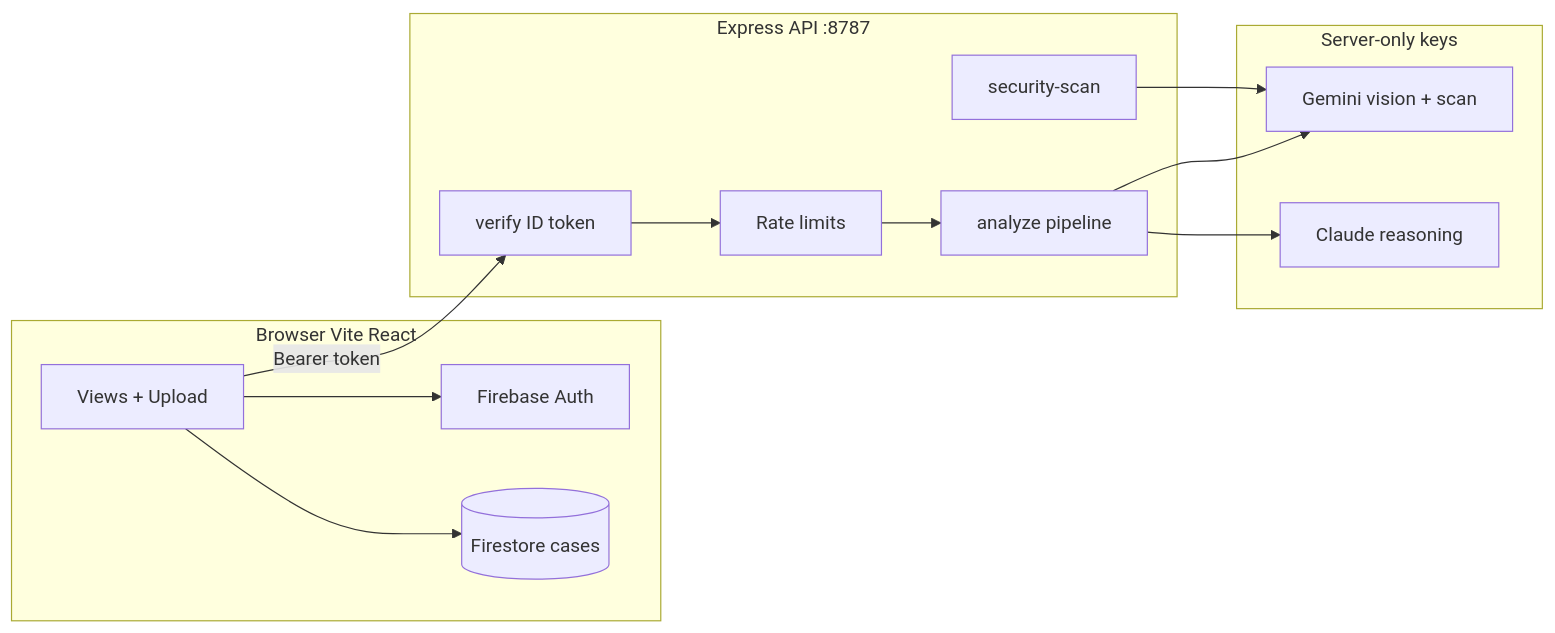
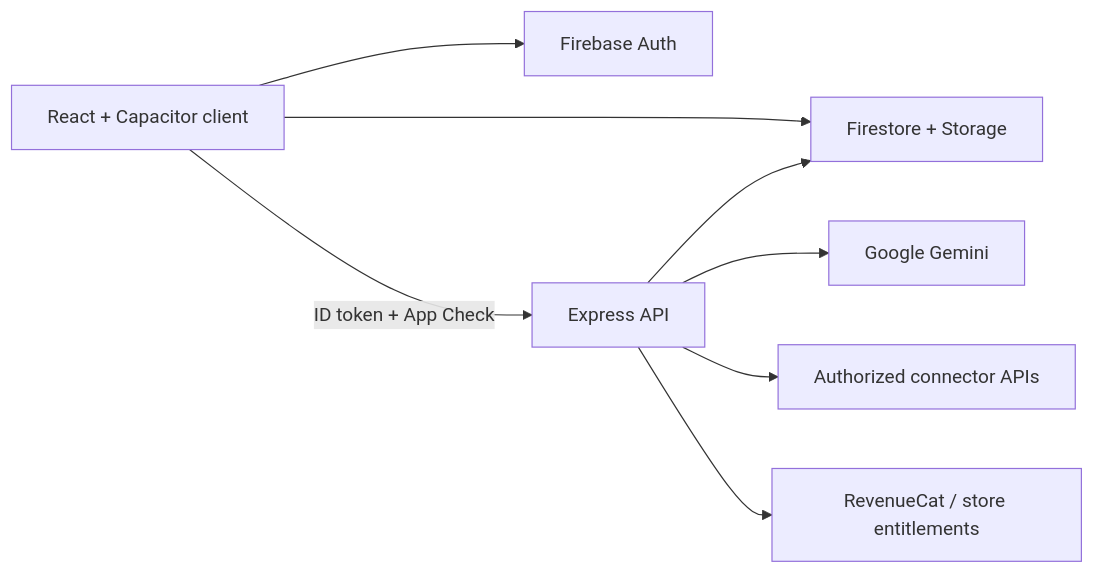
Before and after one commit to ShadowEsu/Regrade_True: the diagram in README.md, drawn with Mermaid. The commit also changed other lines of this file and 214 other files, not shown here.

````diff
--- a/README.md
+++ b/README.md
@@ -90,28 +42,10 @@
 ```mermaid
 flowchart LR
-  subgraph browser [Browser Vite React]
-    UI[Views + Upload]
-    FB[Firebase Auth]
-    FS[(Firestore cases)]
-  end
-
-  subgraph api [Express API :8787]
-    Auth[verify ID token]
-    RL[Rate limits]
-    Scan[security-scan]
-    Pipe[analyze pipeline]
-  end
-
-  subgraph ai [Server-only keys]
-    G[Gemini vision + scan]
-    C[Claude reasoning]
-  end
-
-  UI --> FB
-  UI -->|Bearer token| Auth
-  Auth --> RL --> Pipe
-  Pipe --> G
-  Pipe --> C
-  UI --> FS
-  Scan --> G
+  UI[React + Capacitor client] --> AUTH[Firebase Auth]
+  UI --> DATA[Firestore + Storage]
+  UI -->|ID token + App Check| API[Express API]
+  API --> AI[Google Gemini]
+  API --> DATA
+  API --> LMS[Authorized connector APIs]
+  API --> RC[RevenueCat / store entitlements]
 ```
````
